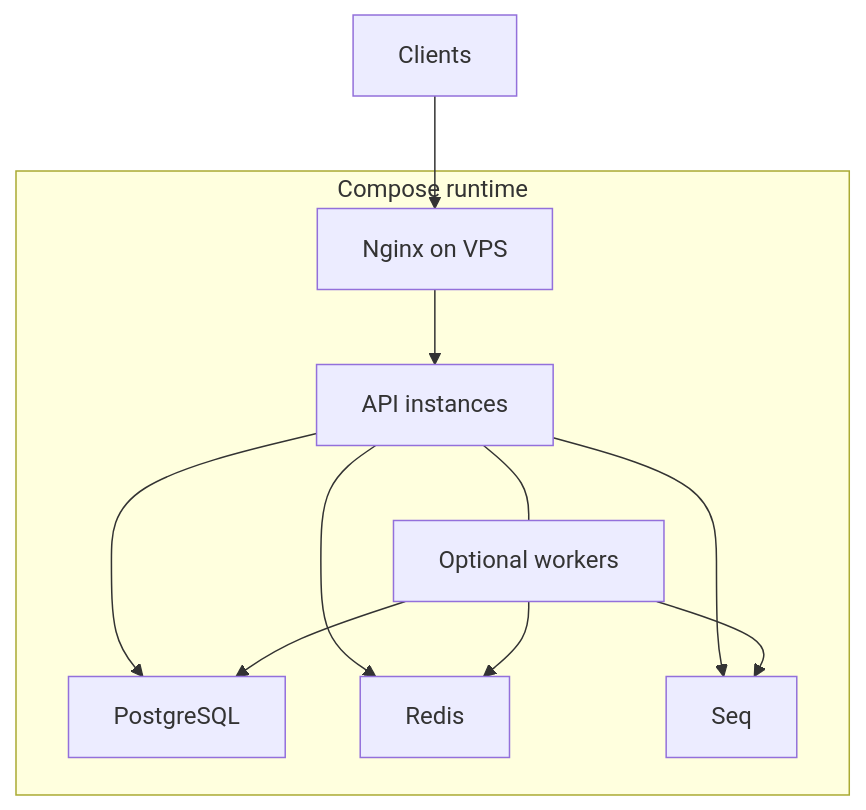
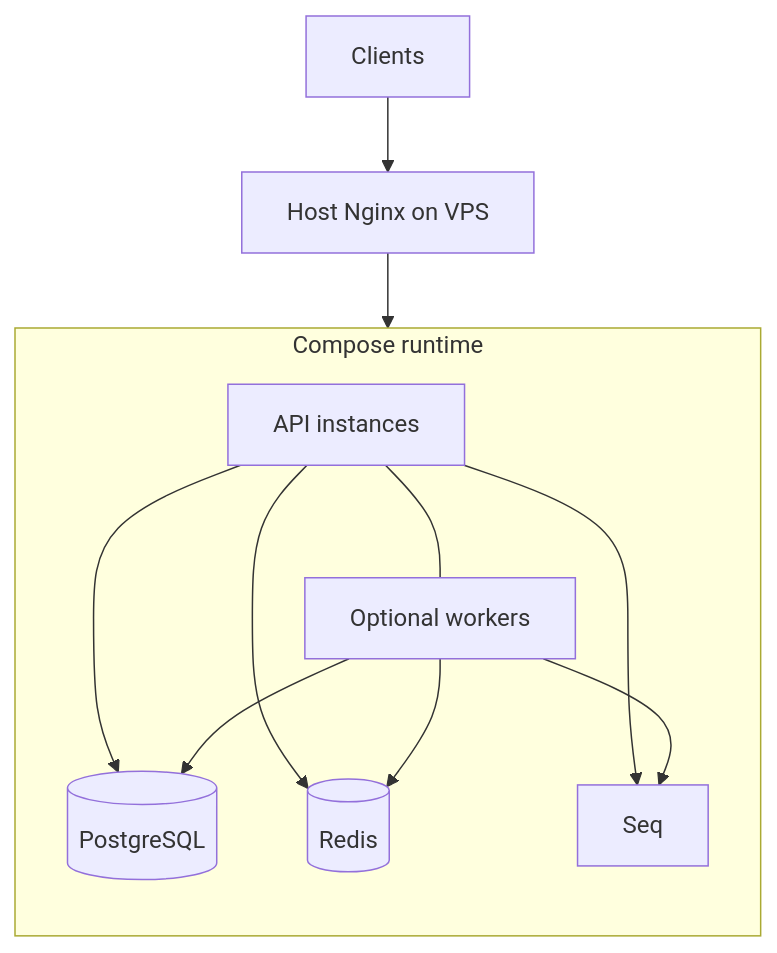
The diagram in wiki/deployment/README.md (mhasabalah/StarterKit), drawn with Mermaid before and after one commit. The commit also changed 152 other files, not shown here.

Commit message:
feat(docs): add Fumadocs V2 and standardize diagrams

````diff
--- a/wiki/deployment/README.md
+++ b/wiki/deployment/README.md
@@ -17,14 +17,22 @@
 ```mermaid
 flowchart TB
-  C[Clients] --> N[Nginx on VPS]
+  accTitle: How it works
+  accDescr: API and optional worker instances share infrastructure; the shipped ingress targets one API listener.
+  C[Clients] --> N[Host Nginx on VPS]
+  N --> A
   subgraph Runtime[Compose runtime]
-    N --> A[API instances]
+    direction TB
+    A[API instances]
     A --- W[Optional workers]
-    A --> P[PostgreSQL]
+    A --> P[(PostgreSQL)]
     W --> P
-    A --> R[Redis]
+    A --> R[(Redis)]
     W --> R
     A --> S[Seq]
     W --> S
   end
+  class C external
+  class N,W,S infrastructure
+  class A api
+  class P,R data
 ```
````
